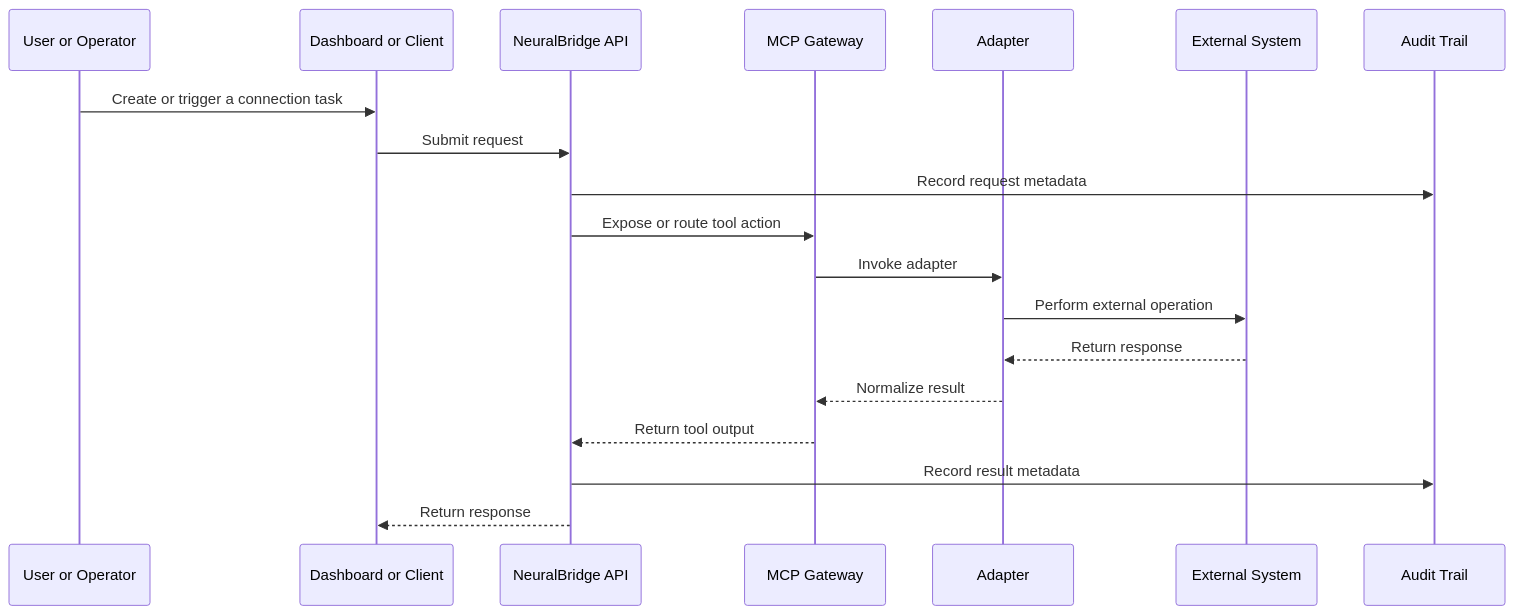
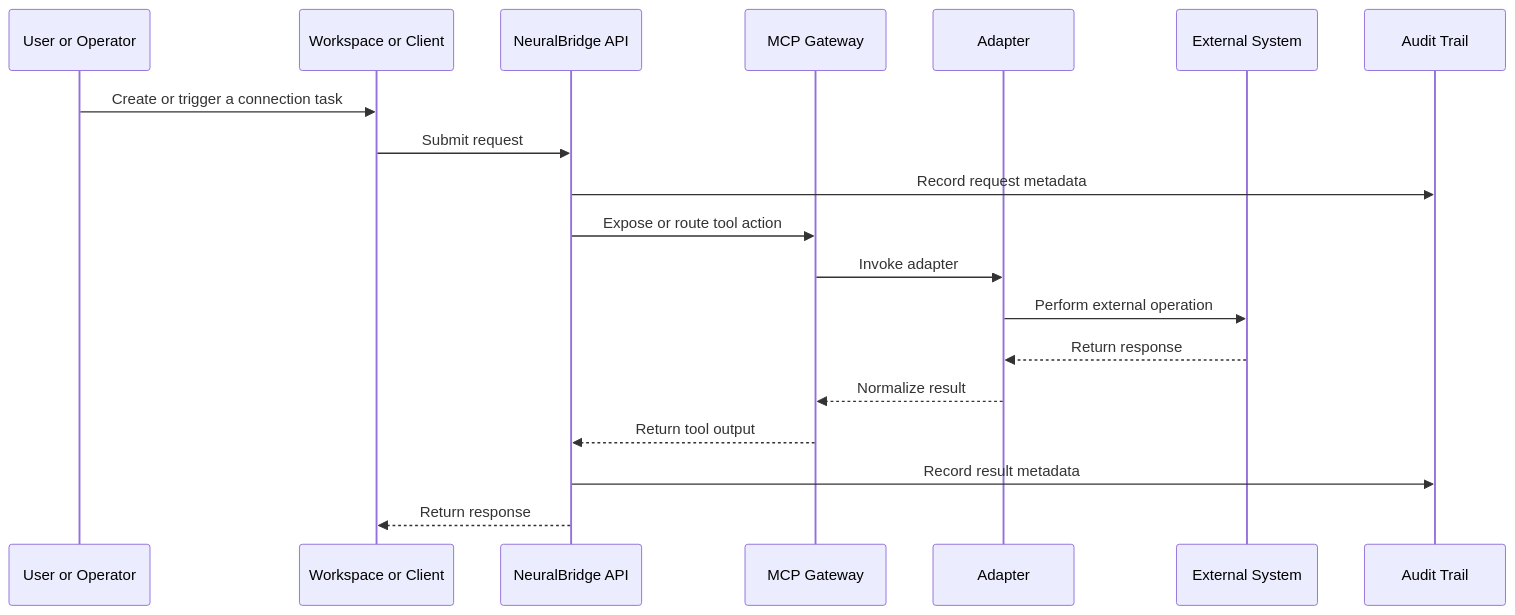
The second of 4 diagrams in README.md (iceccarelli/neuralbridge), drawn with Mermaid before and after one commit. The commit also changed other lines of this file and 59 other files, not shown here.

````diff
--- a/README.md
+++ b/README.md
@@ -304,21 +304,21 @@
 ```mermaid
 sequenceDiagram
     participant User as User or Operator
-    participant UI as Dashboard or Client
+    participant UI as Workspace or Client
     participant API as NeuralBridge API
     participant GW as MCP Gateway
     participant AD as Adapter
     participant SYS as External System
     participant AUD as Audit Trail
     User->>UI: Create or trigger a connection task
     UI->>API: Submit request
     API->>AUD: Record request metadata
     API->>GW: Expose or route tool action
     GW->>AD: Invoke adapter
     AD->>SYS: Perform external operation
     SYS-->>AD: Return response
     AD-->>GW: Normalize result
     GW-->>API: Return tool output
     API->>AUD: Record result metadata
     API-->>UI: Return response
 ```
````
